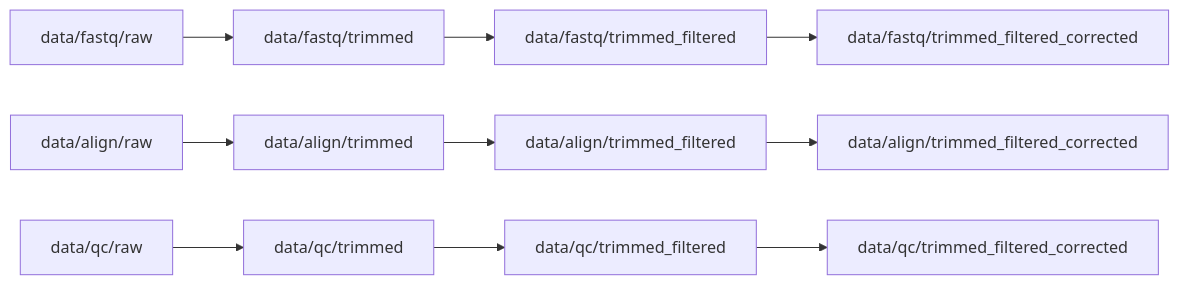
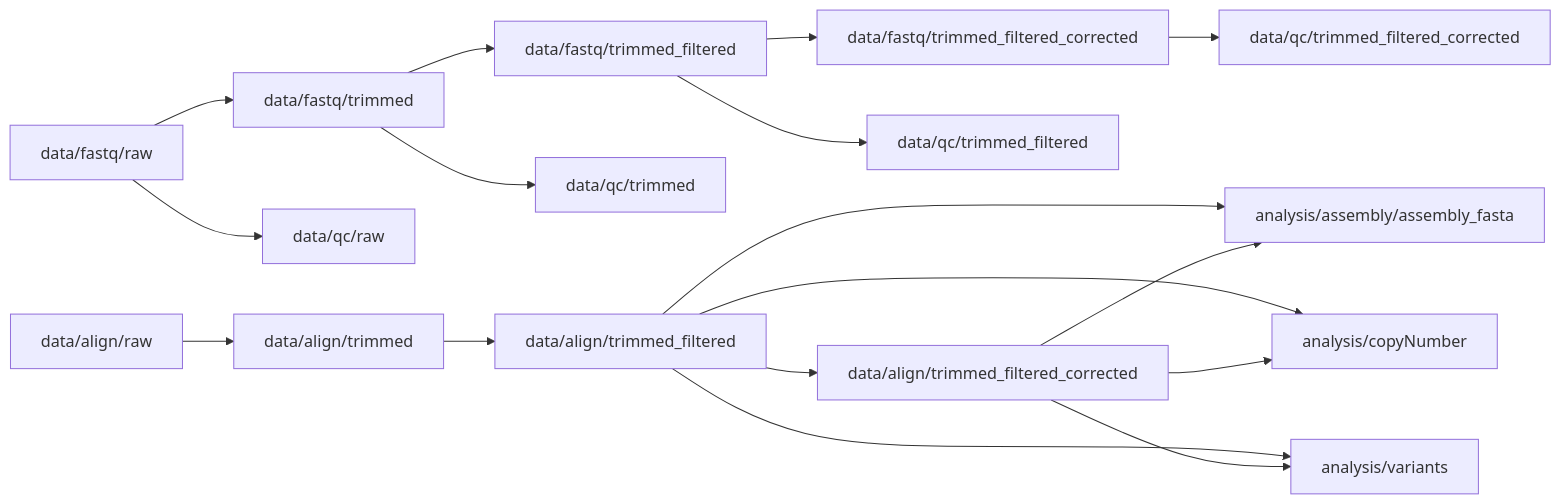
The diagram in project_structure/DIRECTORY_STANDARD.md (faryabiLab/Long-Read-Analysis), drawn with Mermaid before and after one commit. The commit also changed 1 other file, not shown here.

Commit message:
structure

````diff
--- a/project_structure/DIRECTORY_STANDARD.md
+++ b/project_structure/DIRECTORY_STANDARD.md
@@ -6,12 +6,19 @@
 ```mermaid
 flowchart LR
     data_fastq_raw["data/fastq/raw"] --> data_fastq_trimmed["data/fastq/trimmed"]
     data_fastq_trimmed["data/fastq/trimmed"] --> data_fastq_trimmed_filtered["data/fastq/trimmed_filtered"]
     data_fastq_trimmed_filtered["data/fastq/trimmed_filtered"] --> data_fastq_trimmed_filtered_corrected["data/fastq/trimmed_filtered_corrected"]
+    data_fastq_raw["data/fastq/raw"] --> data_qc_raw["data/qc/raw"]
+    data_fastq_trimmed["data/fastq/trimmed"] --> data_qc_trimmed["data/qc/trimmed"]
+    data_fastq_trimmed_filtered["data/fastq/trimmed_filtered"] --> data_qc_trimmed_filtered["data/qc/trimmed_filtered"]
+    data_fastq_trimmed_filtered_corrected["data/fastq/trimmed_filtered_corrected"] --> data_qc_trimmed_filtered_corrected["data/qc/trimmed_filtered_corrected"]
     data_align_raw["data/align/raw"] --> data_align_trimmed["data/align/trimmed"]
     data_align_trimmed["data/align/trimmed"] --> data_align_trimmed_filtered["data/align/trimmed_filtered"]
     data_align_trimmed_filtered["data/align/trimmed_filtered"] --> data_align_trimmed_filtered_corrected["data/align/trimmed_filtered_corrected"]
-    data_qc_raw["data/qc/raw"] --> data_qc_trimmed["data/qc/trimmed"]
-    data_qc_trimmed["data/qc/trimmed"] --> data_qc_trimmed_filtered["data/qc/trimmed_filtered"]
-    data_qc_trimmed_filtered["data/qc/trimmed_filtered"] --> data_qc_trimmed_filtered_corrected["data/qc/trimmed_filtered_corrected"]
+    data_align_trimmed_filtered["data/align/trimmed_filtered"] --> analysis_assembly_assembly_fasta["analysis/assembly/assembly_fasta"]
+    data_align_trimmed_filtered_corrected["data/align/trimmed_filtered_corrected"] --> analysis_assembly_assembly_fasta["analysis/assembly/assembly_fasta"]
+    data_align_trimmed_filtered["data/align/trimmed_filtered"] --> analysis_copyNumber["analysis/copyNumber"]
+    data_align_trimmed_filtered_corrected["data/align/trimmed_filtered_corrected"] --> analysis_copyNumber["analysis/copyNumber"]
+    data_align_trimmed_filtered["data/align/trimmed_filtered"] --> analysis_variants["analysis/variants"]
+    data_align_trimmed_filtered_corrected["data/align/trimmed_filtered_corrected"] --> analysis_variants["analysis/variants"]
 ```
````
